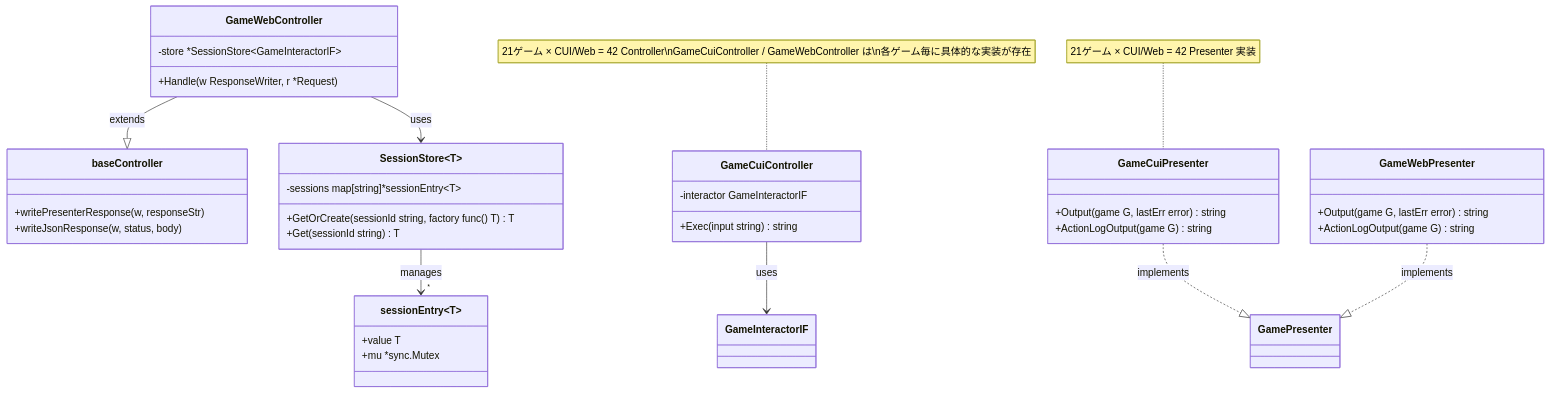
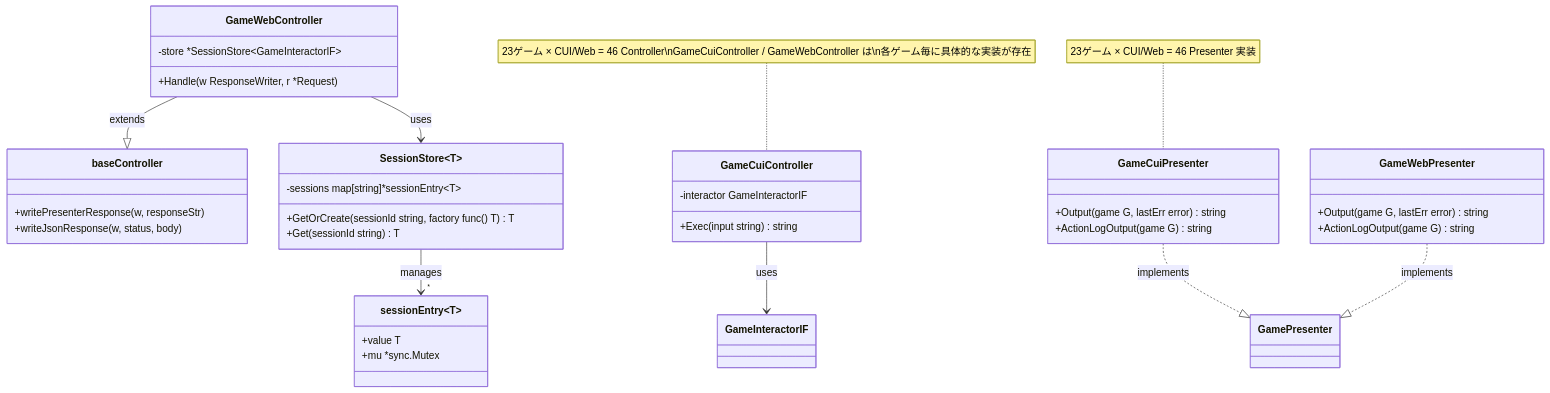
The tenth of 32 diagrams in docs/design/backend.md (yuta-yoshinaga/go_trumpcards), drawn with Mermaid before and after one commit. The commit also changed other lines of this file and 54 other files, not shown here.

````diff
--- a/docs/design/backend.md
+++ b/docs/design/backend.md
@@ -720,48 +740,48 @@
 ```mermaid
 classDiagram
     class baseController {
         +writePresenterResponse(w, responseStr)
         +writeJsonResponse(w, status, body)
     }
 
     class SessionStore~T~ {
         -sessions map[string]*sessionEntry~T~
         +GetOrCreate(sessionId string, factory func() T) T
         +Get(sessionId string) T
     }
 
     class sessionEntry~T~ {
         +value T
         +mu *sync.Mutex
     }
 
     class GameCuiController {
         -interactor GameInteractorIF
         +Exec(input string) string
     }
 
     class GameWebController {
         -store *SessionStore~GameInteractorIF~
         +Handle(w ResponseWriter, r *Request)
     }
 
     class GameCuiPresenter {
         +Output(game G, lastErr error) string
         +ActionLogOutput(game G) string
     }
 
     class GameWebPresenter {
         +Output(game G, lastErr error) string
         +ActionLogOutput(game G) string
     }
 
     GameWebController --|> baseController : extends
     GameWebController --> SessionStore : uses
     SessionStore --> "*" sessionEntry : manages
     GameCuiController --> GameInteractorIF : uses
     GameCuiPresenter ..|> GamePresenter : implements
     GameWebPresenter ..|> GamePresenter : implements
 
-    note for GameCuiController "21ゲーム × CUI/Web = 42 Controller\nGameCuiController / GameWebController は\n各ゲーム毎に具体的な実装が存在"
-    note for GameCuiPresenter "21ゲーム × CUI/Web = 42 Presenter 実装"
+    note for GameCuiController "23ゲーム × CUI/Web = 46 Controller\nGameCuiController / GameWebController は\n各ゲーム毎に具体的な実装が存在"
+    note for GameCuiPresenter "23ゲーム × CUI/Web = 46 Presenter 実装"
 ```
````
